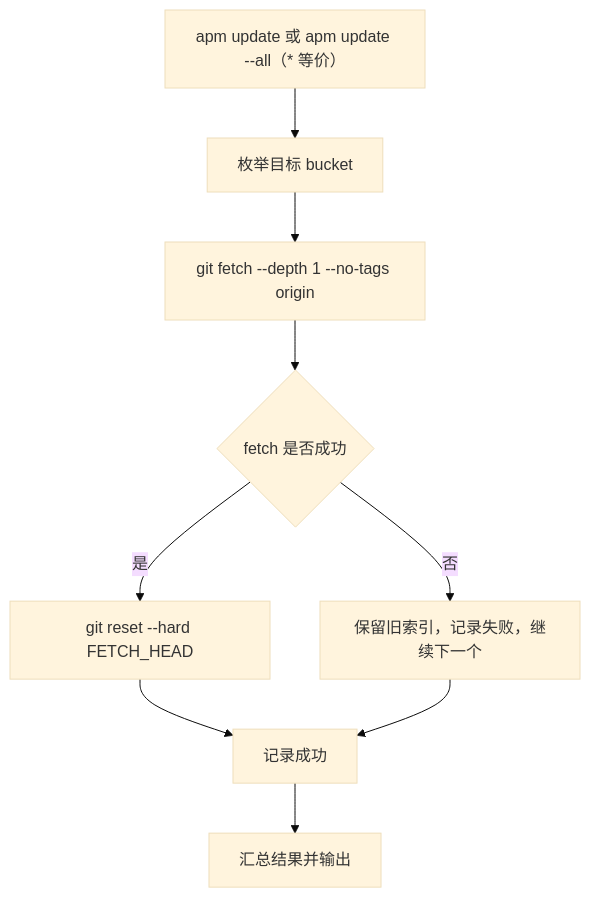
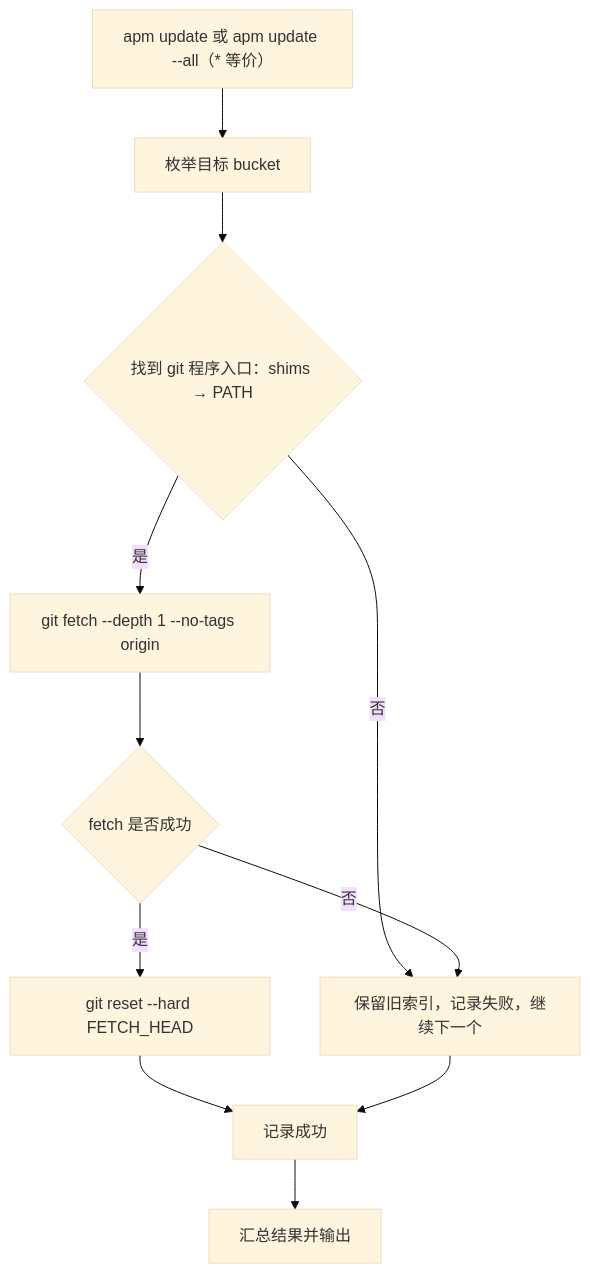
One commit to Adrts/APM changed the third of 14 diagrams in docs/design.md. Above: the diagram before and after it, drawn with Mermaid (base theme). The commit also changed other lines of this file and 4 other files, not shown here.

````diff
--- a/docs/design.md
+++ b/docs/design.md
@@ -876,11 +879,13 @@
 ```mermaid
 flowchart TD
     A["apm update 或 apm update --all（* 等价）"] --> B["枚举目标 bucket"]
-    B --> C["git fetch --depth 1 --no-tags origin"]
+    B --> B0{"找到 git 程序入口：shims → PATH"}
+    B0 -->|"否"| F["保留旧索引，记录失败，继续下一个"]
+    B0 -->|"是"| C["git fetch --depth 1 --no-tags origin"]
     C --> D{"fetch 是否成功"}
     D -->|"是"| E["git reset --hard FETCH_HEAD"]
     D -->|"否"| F["保留旧索引，记录失败，继续下一个"]
     E --> G["记录成功"]
     F --> G
     G --> H["汇总结果并输出"]
 ```
````
